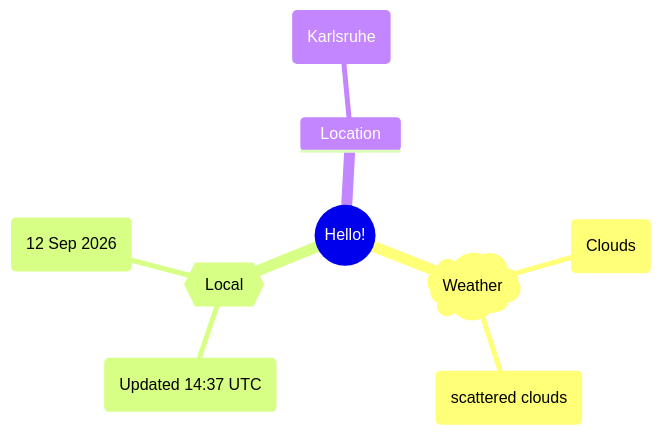
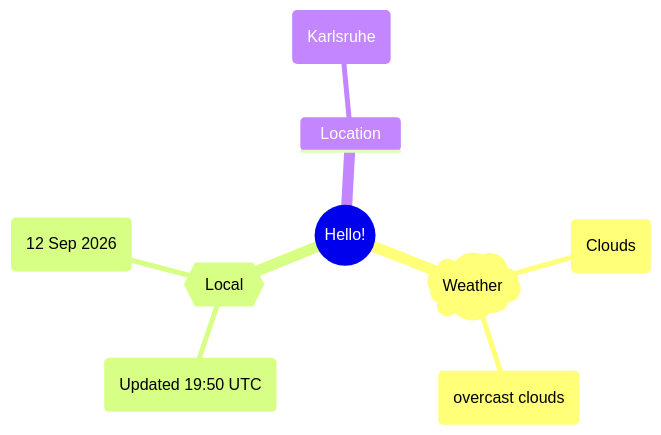
One commit to Xosrov/Xosrov changed the first of 2 diagrams in README.md. Above: the diagram before and after it, drawn with Mermaid.

Commit message:
[bot] updated images

````diff
--- a/README.md
+++ b/README.md
@@ -3,12 +3,12 @@
 ```mermaid
 mindmap
   root((Hello!))
     )Weather(
         (Clouds)
-        (scattered clouds)
+        (overcast clouds)
     {{Local}}
-        (Updated 14:37 UTC)
+        (Updated 19:50 UTC)
         (12 Sep 2026)
     Location
         (Karlsruhe)
 ```
````
